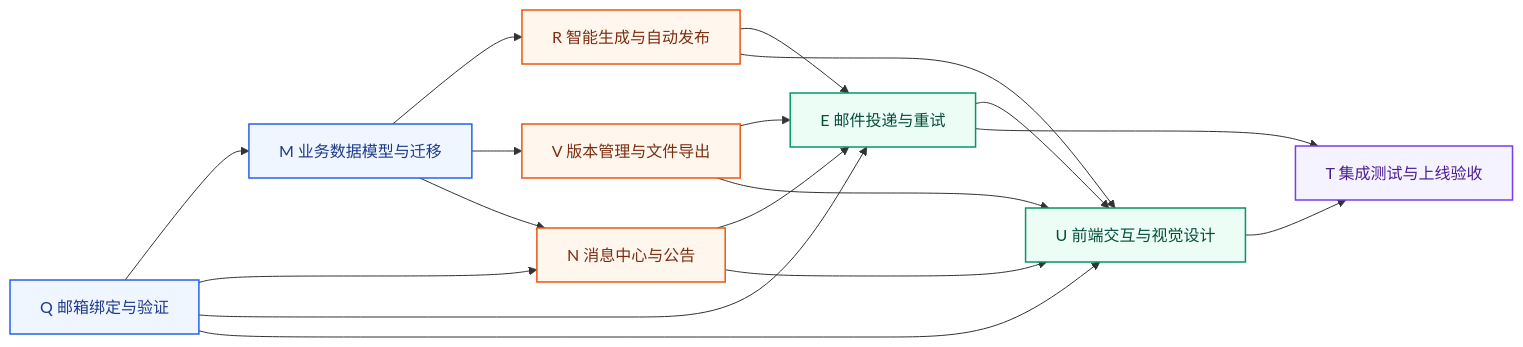
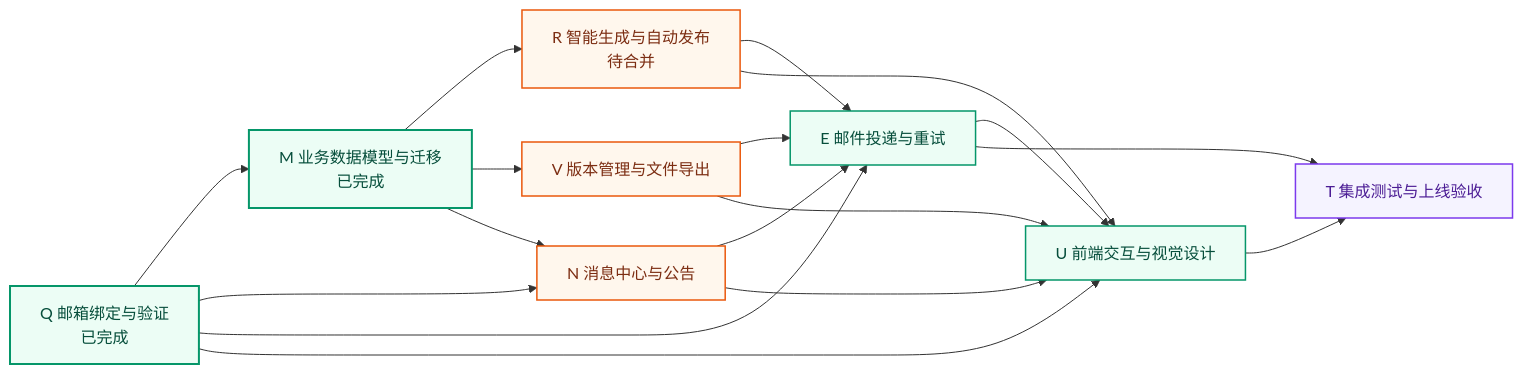
The third of 3 diagrams in README.md (sky-k111/forge-sight), drawn with Mermaid before and after one commit. The commit also changed 13 other files, not shown here.

````diff
--- a/README.md
+++ b/README.md
@@ -155,28 +155,29 @@
 ```mermaid
 flowchart LR
-    Q[Q 邮箱绑定与验证] --> M[M 业务数据模型与迁移]
-    M --> R[R 智能生成与自动发布]
+    Q[Q 邮箱绑定与验证<br/>已完成] --> M[M 业务数据模型与迁移<br/>已完成]
+    M --> R[R 智能生成与自动发布<br/>待合并]
     M --> V[V 版本管理与文件导出]
     M --> N[N 消息中心与公告]
     Q --> N
     Q --> E[E 邮件投递与重试]
     R --> E
     V --> E
     N --> E
     Q --> U[U 前端交互与视觉设计]
     R --> U
     V --> U
     N --> U
     E --> U
     U --> T[T 集成测试与上线验收]
     E --> T
 
+    classDef done fill:#ECFDF5,stroke:#059669,color:#064E3B,stroke-width:2px;
     classDef foundation fill:#EFF6FF,stroke:#2563EB,color:#1E3A8A,stroke-width:1.5px;
     classDef core fill:#FFF7ED,stroke:#EA580C,color:#7C2D12,stroke-width:1.5px;
     classDef delivery fill:#ECFDF5,stroke:#059669,color:#064E3B,stroke-width:1.5px;
     classDef quality fill:#F5F3FF,stroke:#7C3AED,color:#4C1D95,stroke-width:1.5px;
-    class Q,M foundation;
+    class Q,M done;
     class R,V,N core;
     class E,U delivery;
     class T quality;
 ```
````
